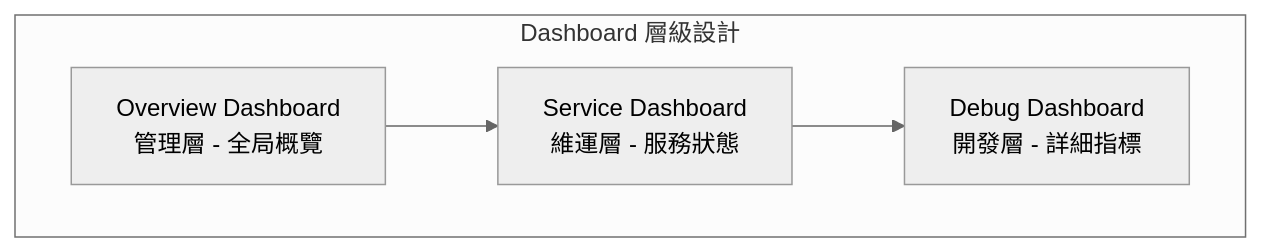
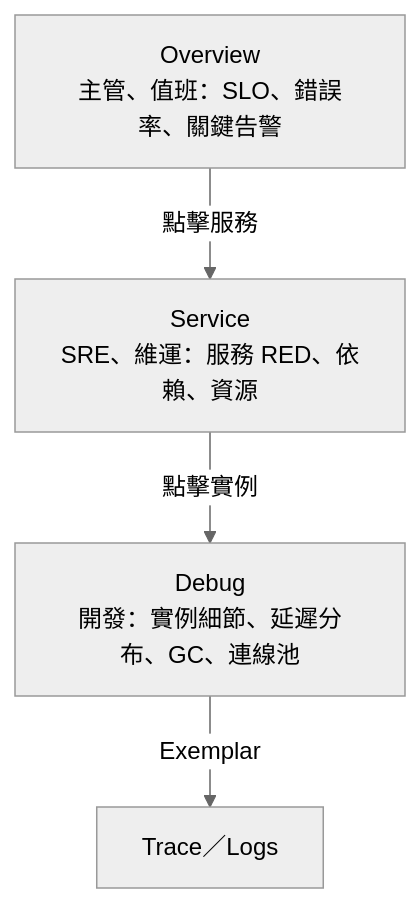
Before and after one commit to chihhung/Blog: diagram 14 of 24 in content/posts/教學/工具/Prometheus與Grafana教學手冊.md, drawn with Mermaid (neutral theme). The commit also changed other lines of this file and 8 other files, not shown here.

````diff
--- a/content/posts/教學/工具/Prometheus與Grafana教學手冊.md
+++ b/content/posts/教學/工具/Prometheus與Grafana教學手冊.md
@@ -993,11 +3148,9 @@
 ```mermaid
-graph TB
-    subgraph "Dashboard 層級設計"
-        L1[Overview Dashboard<br/>管理層 - 全局概覽]
-        L2[Service Dashboard<br/>維運層 - 服務狀態]
-        L3[Debug Dashboard<br/>開發層 - 詳細指標]
-    end
-    
-    L1 --> L2
-    L2 --> L3
+flowchart TB
+    L1["Overview<br/>主管、值班：SLO、錯誤率、關鍵告警"]
+    L2["Service<br/>SRE、維運：服務 RED、依賴、資源"]
+    L3["Debug<br/>開發：實例細節、延遲分布、GC、連線池"]
+    L1 -->|"點擊服務"| L2
+    L2 -->|"點擊實例"| L3
+    L3 -->|"Exemplar"| Trace["Trace／Logs"]
 ```
````
